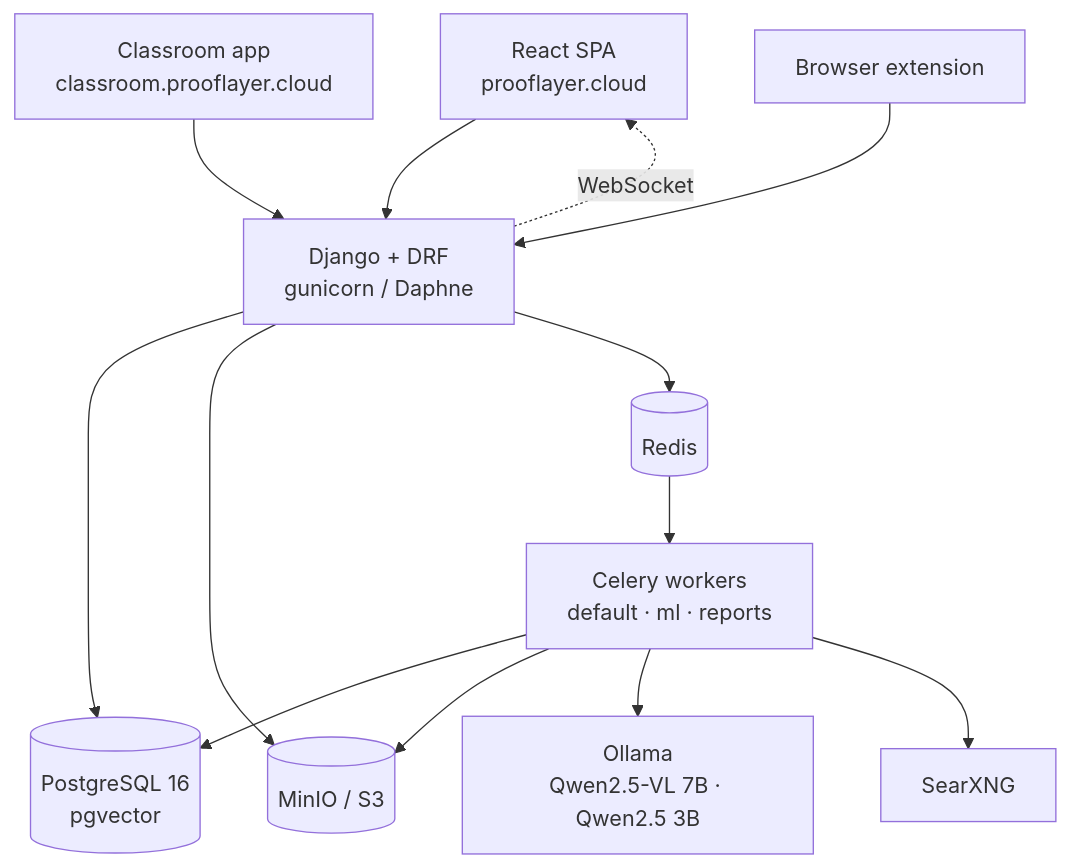
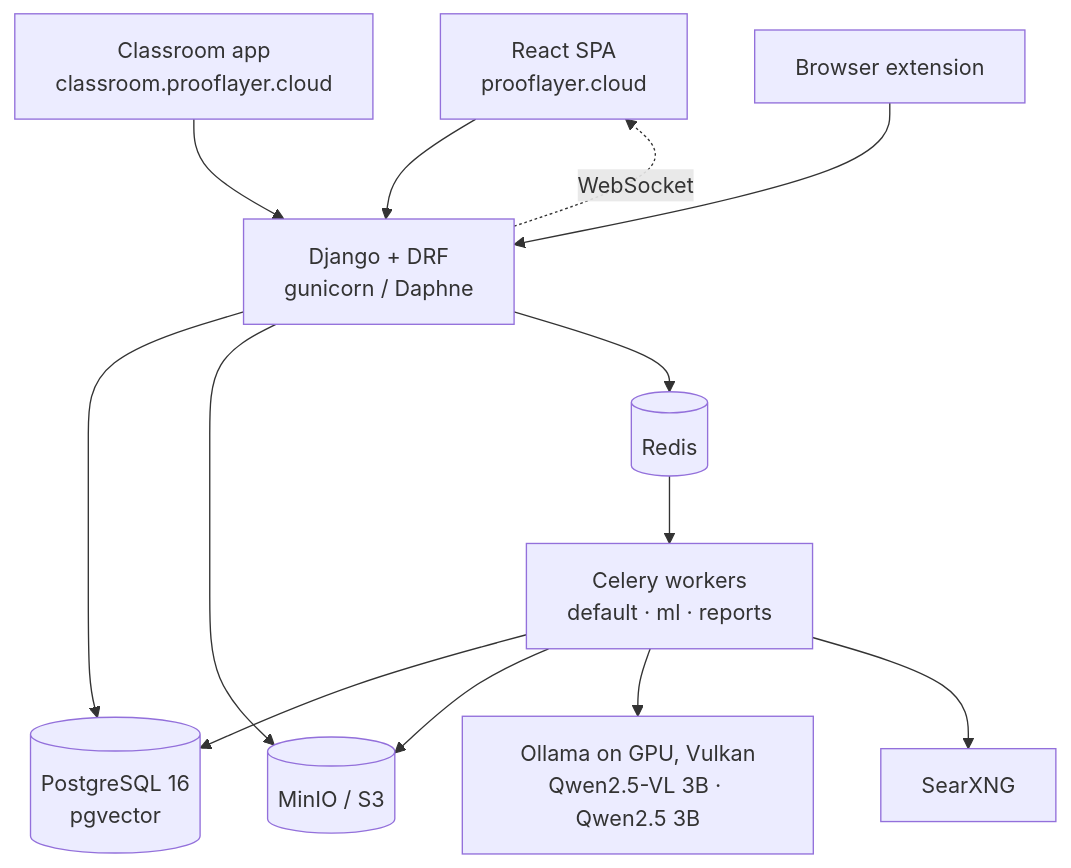
The second of 2 diagrams in README.md (jeezdredd/prooflayer), drawn with Mermaid before and after one commit. The commit also changed other lines of this file and 15 other files, not shown here.

First line of the commit message:
feat(vision): vision judge on the GPU through Vulkan

````diff
--- a/README.md
+++ b/README.md
@@ -163,15 +163,15 @@
 ```mermaid
 flowchart TB
     SPA[React SPA<br/>prooflayer.cloud] --> API
     CLS[Classroom app<br/>classroom.prooflayer.cloud] --> API
     EXT[Browser extension] --> API
     API[Django + DRF<br/>gunicorn / Daphne] --> PG[(PostgreSQL 16<br/>pgvector)]
     API --> S3[(MinIO / S3)]
     API --> R[(Redis)]
     R --> W[Celery workers<br/>default · ml · reports]
     W --> PG
     W --> S3
-    W --> OL[Ollama<br/>Qwen2.5-VL 7B · Qwen2.5 3B]
+    W --> OL[Ollama on GPU, Vulkan<br/>Qwen2.5-VL 3B · Qwen2.5 3B]
     W --> SX[SearXNG]
     API -. WebSocket .-> SPA
 ```
````
